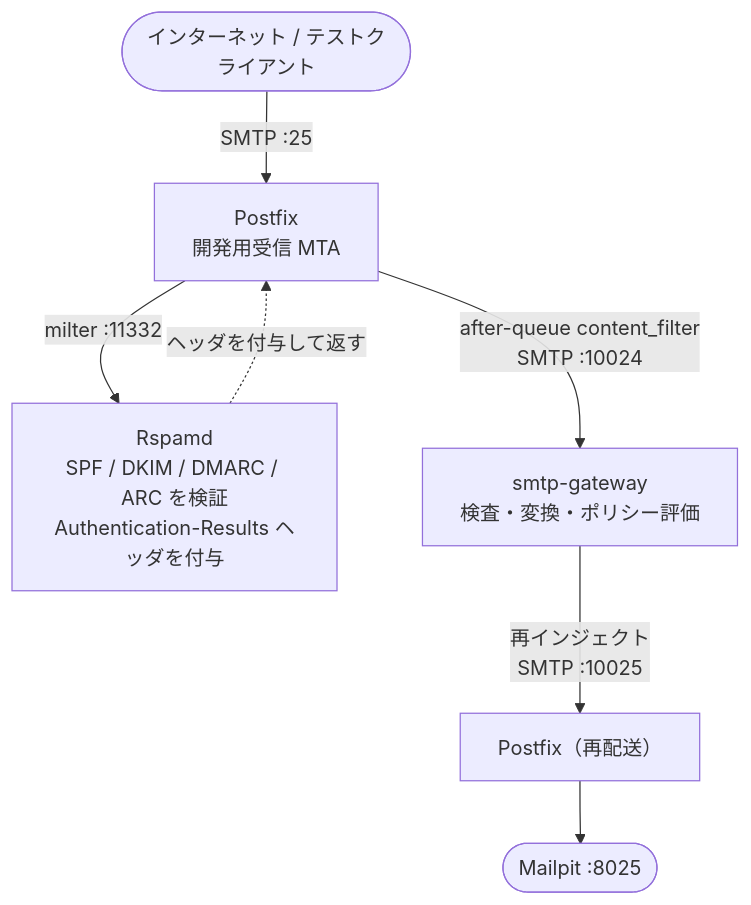
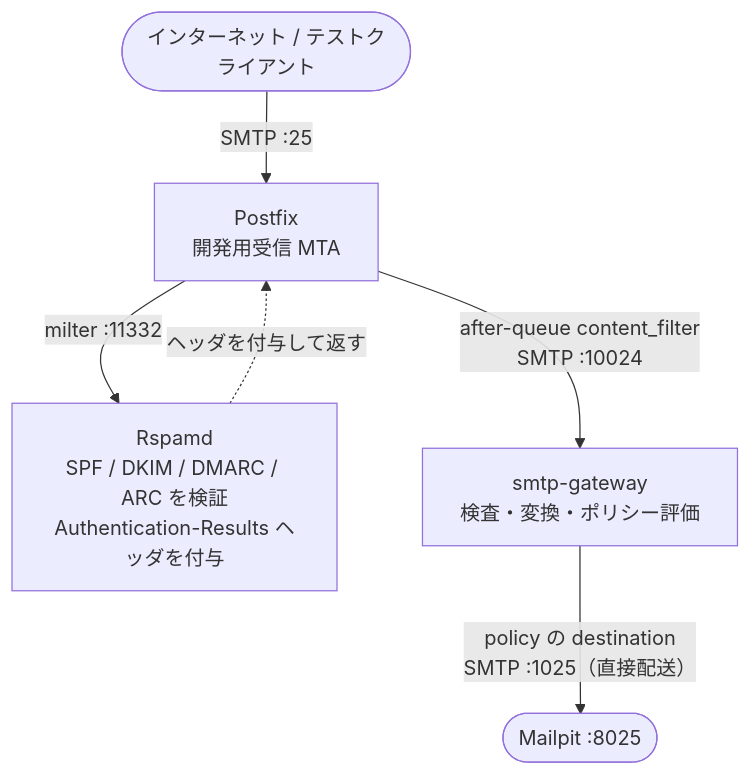
One commit to yumekui08/mailshield changed the diagram in docs/setup/mta-docker.md. Above: the diagram before and after it, drawn with Mermaid. The commit also changed other lines of this file and 2 other files, not shown here.

````diff
--- a/docs/setup/mta-docker.md
+++ b/docs/setup/mta-docker.md
@@ -14,12 +14,11 @@
 ```mermaid
 flowchart TD
     Client([インターネット / テストクライアント]) -->|"SMTP :25"| Postfix["Postfix\n開発用受信 MTA"]
 
     Postfix -->|"milter :11332"| Rspamd["Rspamd\nSPF / DKIM / DMARC / ARC を検証\nAuthentication-Results ヘッダを付与"]
     Rspamd -.->|ヘッダを付与して返す| Postfix
 
     Postfix -->|"after-queue content_filter\nSMTP :10024"| GW["smtp-gateway\n検査・変換・ポリシー評価"]
 
-    GW -->|"再インジェクト\nSMTP :10025"| Postfix2["Postfix（再配送）"]
-    Postfix2 --> Mailpit(["Mailpit :8025"])
+    GW -->|"policy の destination\nSMTP :1025（直接配送）"| Mailpit(["Mailpit :8025"])
 ```
````
